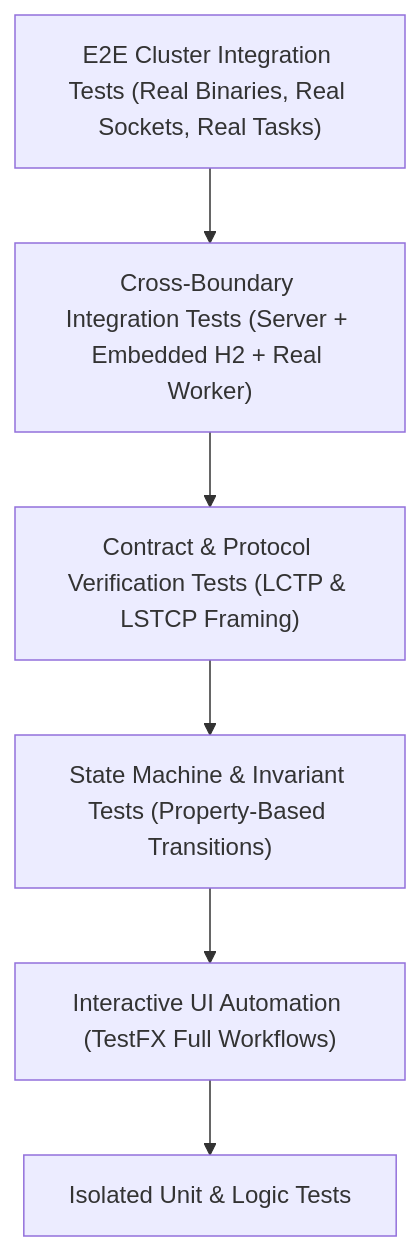
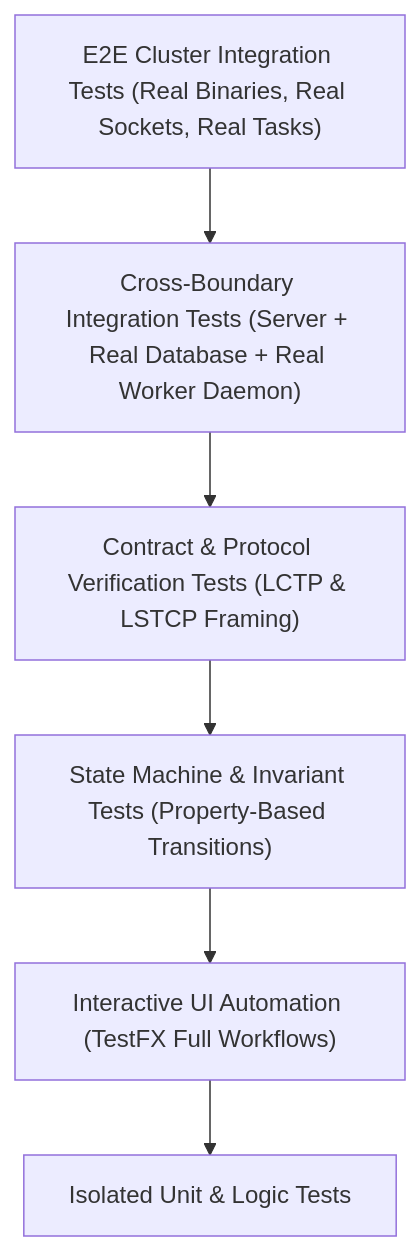
The diagram in docs/dev/audits/001-codebase-gap-analysis-and-audit-report.md (Jehudme/legatus), drawn with Mermaid before and after one commit. The commit also changed other lines of this file, not shown here.

Commit message:
docs(audit): pass 2 - deep file-by-file inspection of server, worker, and studio subsystems

````diff
--- a/docs/dev/audits/001-codebase-gap-analysis-and-audit-report.md
+++ b/docs/dev/audits/001-codebase-gap-analysis-and-audit-report.md
@@ -165,8 +286,8 @@
 ```mermaid
 graph TD
-    A["E2E Cluster Integration Tests (Real Binaries, Real Sockets, Real Tasks)"] --> B["Cross-Boundary Integration Tests (Server + Embedded H2 + Real Worker)"]
+    A["E2E Cluster Integration Tests (Real Binaries, Real Sockets, Real Tasks)"] --> B["Cross-Boundary Integration Tests (Server + Real Database + Real Worker Daemon)"]
     B --> C["Contract & Protocol Verification Tests (LCTP & LSTCP Framing)"]
     C --> D["State Machine & Invariant Tests (Property-Based Transitions)"]
     D --> E["Interactive UI Automation (TestFX Full Workflows)"]
     E --> F["Isolated Unit & Logic Tests"]
 ```
````
